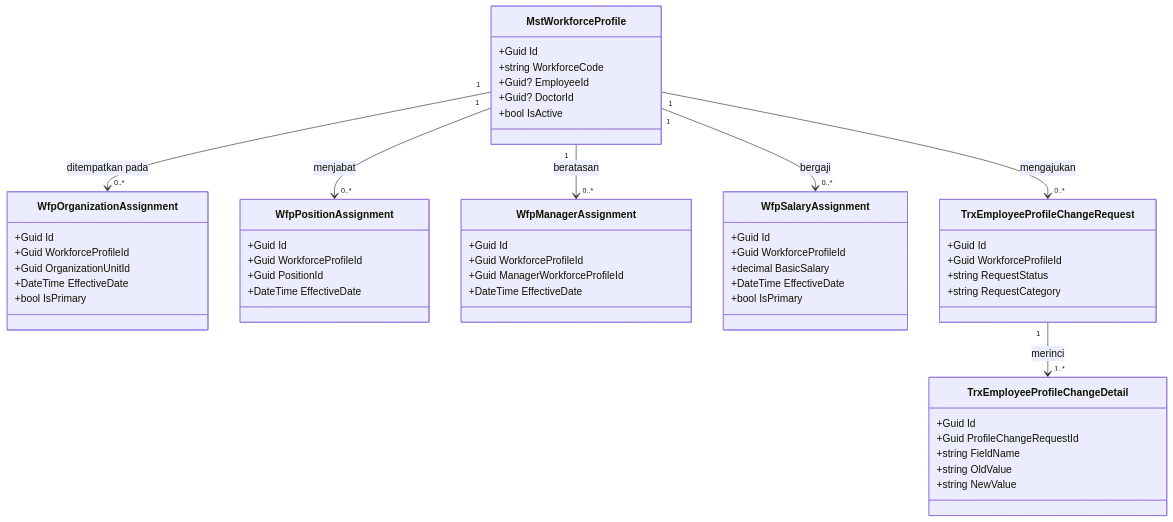
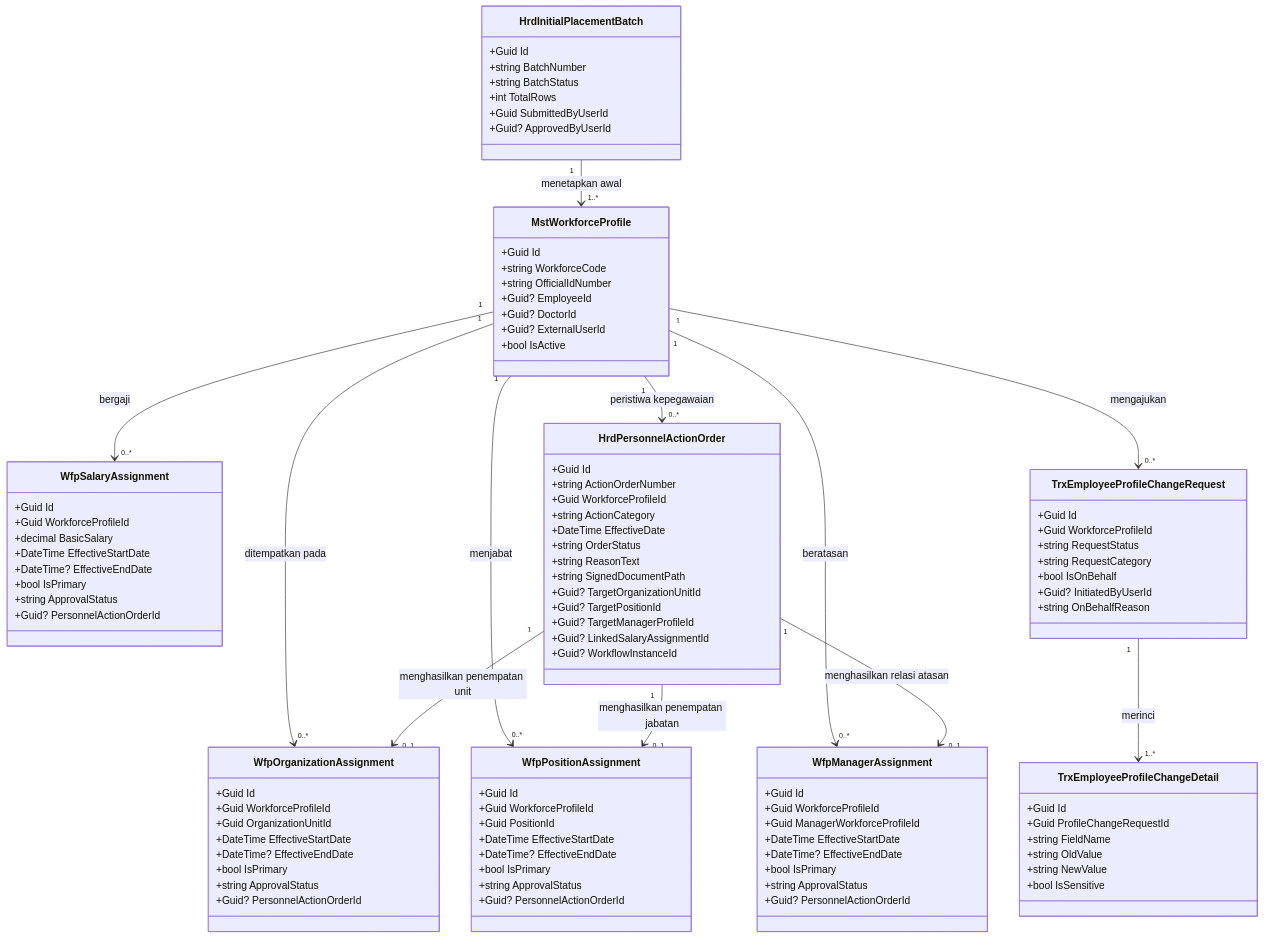
Before and after one commit to DevBenari/NewQuilvianSystemBackend: the first of 7 diagrams in docs/module-blueprints/human-resource/02-backend-architecture.md, drawn with Mermaid. The commit also changed other lines of this file and 100 other files, not shown here.

````diff
--- a/docs/module-blueprints/human-resource/02-backend-architecture.md
+++ b/docs/module-blueprints/human-resource/02-backend-architecture.md
@@ -229,41 +229,75 @@
     class MstWorkforceProfile {
         +Guid Id
         +string WorkforceCode
+        +string OfficialIdNumber
         +Guid? EmployeeId
         +Guid? DoctorId
+        +Guid? ExternalUserId
         +bool IsActive
     }
     class WfpOrganizationAssignment {
         +Guid Id
         +Guid WorkforceProfileId
         +Guid OrganizationUnitId
-        +DateTime EffectiveDate
+        +DateTime EffectiveStartDate
+        +DateTime? EffectiveEndDate
         +bool IsPrimary
+        +string ApprovalStatus
+        +Guid? PersonnelActionOrderId
     }
     class WfpPositionAssignment {
         +Guid Id
         +Guid WorkforceProfileId
         +Guid PositionId
-        +DateTime EffectiveDate
+        +DateTime EffectiveStartDate
+        +DateTime? EffectiveEndDate
+        +bool IsPrimary
+        +string ApprovalStatus
+        +Guid? PersonnelActionOrderId
     }
     class WfpManagerAssignment {
         +Guid Id
         +Guid WorkforceProfileId
         +Guid ManagerWorkforceProfileId
-        +DateTime EffectiveDate
+        +DateTime EffectiveStartDate
+        +DateTime? EffectiveEndDate
+        +bool IsPrimary
+        +string ApprovalStatus
+        +Guid? PersonnelActionOrderId
     }
     class WfpSalaryAssignment {
         +Guid Id
         +Guid WorkforceProfileId
         +decimal BasicSalary
+        +DateTime EffectiveStartDate
+        +DateTime? EffectiveEndDate
+        +bool IsPrimary
+        +string ApprovalStatus
+        +Guid? PersonnelActionOrderId
+    }
+    class HrdPersonnelActionOrder {
+        +Guid Id
+        +string ActionOrderNumber
+        +Guid WorkforceProfileId
+        +string ActionCategory
         +DateTime EffectiveDate
-        +bool IsPrimary
+        +string OrderStatus
+        +string ReasonText
+        +string SignedDocumentPath
+        +Guid? TargetOrganizationUnitId
+        +Guid? TargetPositionId
+        +Guid? TargetManagerProfileId
+        +Guid? LinkedSalaryAssignmentId
+        +Guid? WorkflowInstanceId
     }
     class TrxEmployeeProfileChangeRequest {
         +Guid Id
         +Guid WorkforceProfileId
         +string RequestStatus
         +string RequestCategory
+        +bool IsOnBehalf
+        +Guid? InitiatedByUserId
+        +string OnBehalfReason
     }
     class TrxEmployeeProfileChangeDetail {
         +Guid Id
@@ -271,11 +305,26 @@
         +string FieldName
         +string OldValue
         +string NewValue
+        +bool IsSensitive
     }
+    class HrdInitialPlacementBatch {
+        +Guid Id
+        +string BatchNumber
+        +string BatchStatus
+        +int TotalRows
+        +Guid SubmittedByUserId
+        +Guid? ApprovedByUserId
+    }
+
     MstWorkforceProfile "1" --> "0..*" WfpOrganizationAssignment : ditempatkan pada
     MstWorkforceProfile "1" --> "0..*" WfpPositionAssignment : menjabat
     MstWorkforceProfile "1" --> "0..*" WfpManagerAssignment : beratasan
     MstWorkforceProfile "1" --> "0..*" WfpSalaryAssignment : bergaji
+    MstWorkforceProfile "1" --> "0..*" HrdPersonnelActionOrder : peristiwa kepegawaian
+    HrdPersonnelActionOrder "1" --> "0..1" WfpOrganizationAssignment : menghasilkan penempatan unit
+    HrdPersonnelActionOrder "1" --> "0..1" WfpPositionAssignment : menghasilkan penempatan jabatan
+    HrdPersonnelActionOrder "1" --> "0..1" WfpManagerAssignment : menghasilkan relasi atasan
     MstWorkforceProfile "1" --> "0..*" TrxEmployeeProfileChangeRequest : mengajukan
     TrxEmployeeProfileChangeRequest "1" --> "1..*" TrxEmployeeProfileChangeDetail : merinci
+    HrdInitialPlacementBatch "1" --> "1..*" MstWorkforceProfile : menetapkan awal
 ```
````
